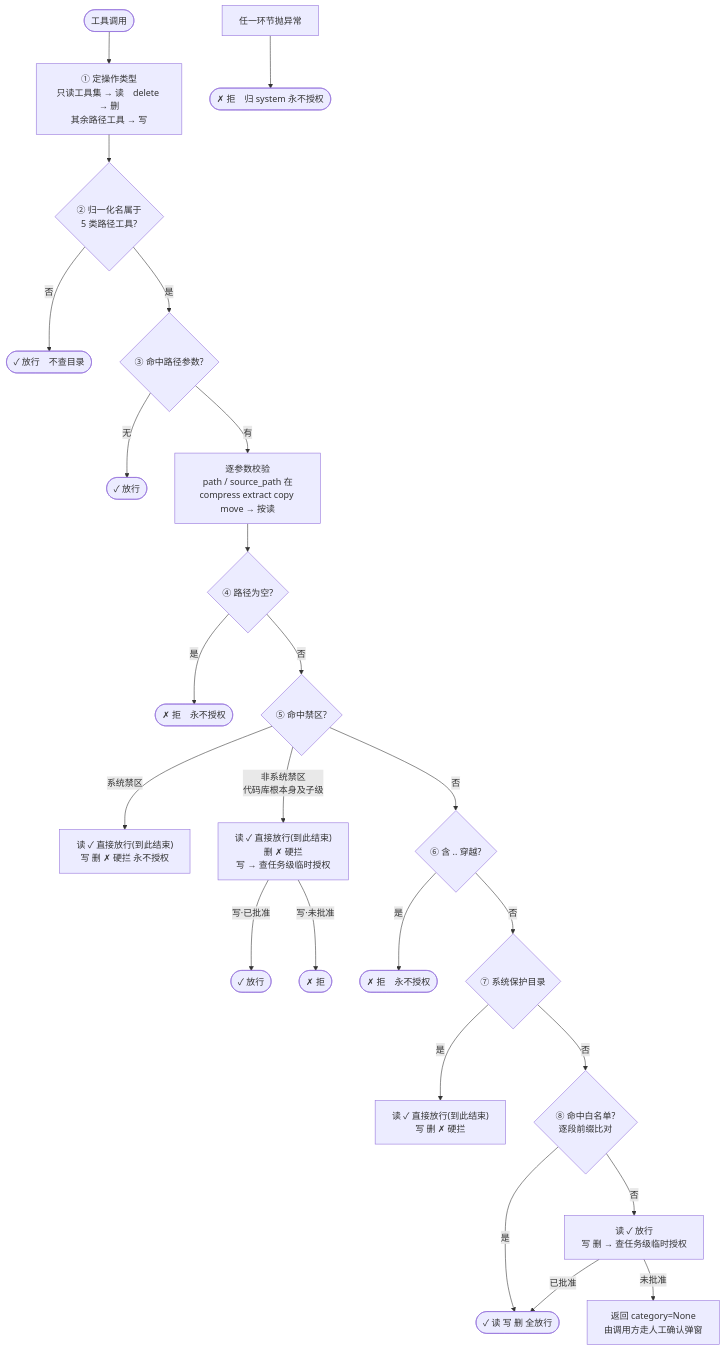
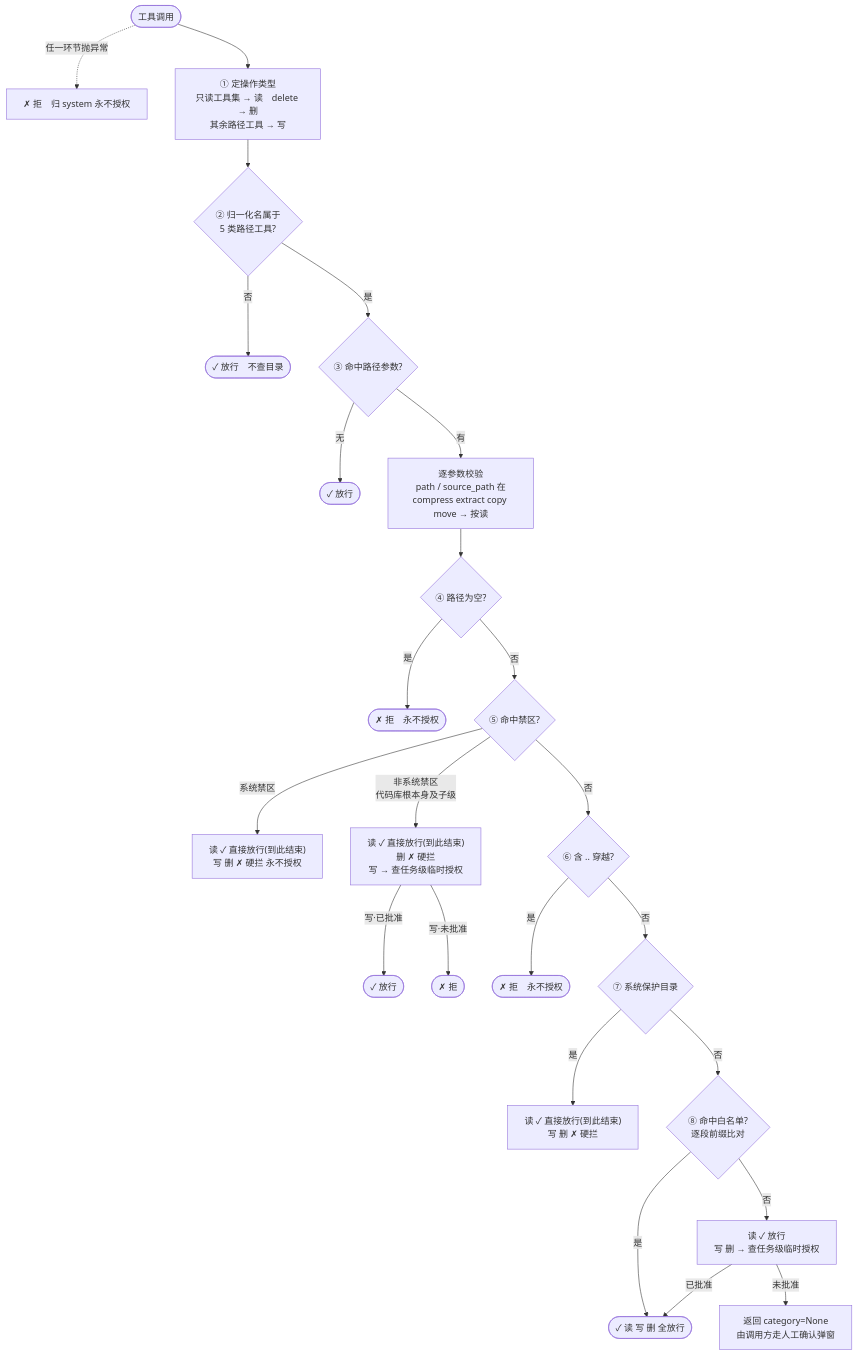
One commit to joshuachendyb/OmniAgentAst changed the diagram in backend/app/datafile/path_decision.md. Above: the diagram before and after it, drawn with Mermaid. The commit also changed other lines of this file and 3 other files, not shown here.

Commit message:
fix:security_docs.py+datafile三个md 三堂会审修复:①分类表路径去内联反引号(13个code把路径列撑成灰底碎块)+禁区路径由_windows_forbidden_text/_system_protected_text统一不带反引号;②path_decision.md异常兜底分支改为挂在入口的虚线旁注(原先ERR无入边被mermaid提到最前,与「工具调用」并列,语义误导)并去掉多一跳的XE;③dir_classification.md同步去掉路径反引号;各md加统一格式编辑历史注释(HTML注释渲染不可见) - 小欧-2026-10-06

````diff
--- a/backend/app/datafile/path_decision.md
+++ b/backend/app/datafile/path_decision.md
@@ -1,26 +2,26 @@
 ```mermaid
 graph TD
-    S([工具调用]) --> M["① 定操作类型<br/>只读工具集 → 读　delete → 删<br/>其余路径工具 → 写"]
+    S([工具调用]) -. 任一环节抛异常 .-> ERR["✗ 拒　归 system 永不授权"]
+    S --> M["① 定操作类型<br/>只读工具集 → 读　delete → 删<br/>其余路径工具 → 写"]
     M --> T2{"② 归一化名属于<br/>5 类路径工具?"}
     T2 -->|否| P2(["✓ 放行　不查目录"])
     T2 -->|是| T3{"③ 命中路径参数?"}
     T3 -->|无| P3(["✓ 放行"])
     T3 -->|有| LP["逐参数校验<br/>path / source_path 在<br/>compress extract copy move → 按读"]
     LP --> T4{"④ 路径为空?"}
     T4 -->|是| X4(["✗ 拒　永不授权"])
     T4 -->|否| T5{"⑤ 命中禁区?"}
     T5 -->|系统禁区| F5S["读 ✓ 直接放行(到此结束)<br/>写 删 ✗ 硬拦 永不授权"]
     T5 -->|非系统禁区<br/>代码库根本身及子级| F5N["读 ✓ 直接放行(到此结束)<br/>删 ✗ 硬拦<br/>写 → 查任务级临时授权"]
     F5N -->|写·已批准| P5(["✓ 放行"])
     F5N -->|写·未批准| X5(["✗ 拒"])
     T5 -->|否| T6{"⑥ 含 .. 穿越?"}
     T6 -->|是| X6(["✗ 拒　永不授权"])
     T6 -->|否| T7{"⑦ 系统保护目录"}
     T7 -->|是| F7["读 ✓ 直接放行(到此结束)<br/>写 删 ✗ 硬拦"]
     T7 -->|否| T8{"⑧ 命中白名单?<br/>逐段前缀比对"}
     T8 -->|是| P8(["✓ 读 写 删 全放行"])
     T8 -->|否| F8["读 ✓ 放行<br/>写 删 → 查任务级临时授权"]
     F8 -->|已批准| P8
     F8 -->|未批准| HITL["返回 category=None<br/>由调用方走人工确认弹窗"]
-    ERR["任一环节抛异常"] --> XE(["✗ 拒　归 system 永不授权"])
 ```
````
